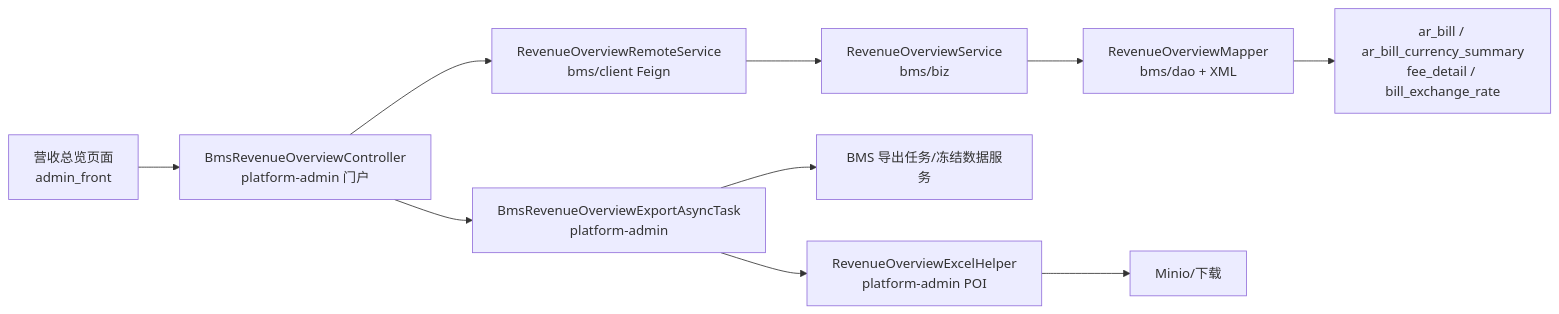
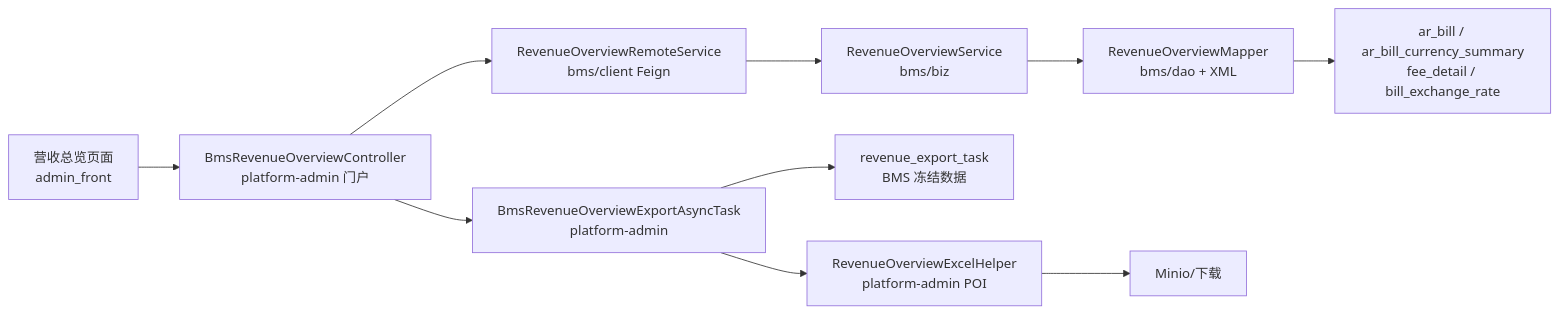
Before and after one commit to jack888332/projects-doc: the diagram in technical-caliber/bms/dev-specs/2026-08-13-bms-营收总览需求落地方案及调整计划.md, drawn with Mermaid. The commit also changed other lines of this file, not shown here.

First line of the commit message:
docs(bms): 更新营收总览需求落地方案文档

````diff
--- a/technical-caliber/bms/dev-specs/2026-08-13-bms-营收总览需求落地方案及调整计划.md
+++ b/technical-caliber/bms/dev-specs/2026-08-13-bms-营收总览需求落地方案及调整计划.md
@@ -119,12 +116,12 @@
 ```mermaid
 flowchart LR
   F["营收总览页面\nadmin_front"] --> P["BmsRevenueOverviewController\nplatform-admin 门户"]
   P --> B["RevenueOverviewRemoteService\nbms/client Feign"]
   B --> S["RevenueOverviewService\nbms/biz"]
   S --> M["RevenueOverviewMapper\nbms/dao + XML"]
   M --> D["ar_bill / ar_bill_currency_summary\nfee_detail / bill_exchange_rate"]
   P --> T["BmsRevenueOverviewExportAsyncTask\nplatform-admin"]
-  T --> B2["BMS 导出任务/冻结数据服务"]
+  T --> D2["revenue_export_task\nBMS 冻结数据"]
   T --> X["RevenueOverviewExcelHelper\nplatform-admin POI"]
   X --> O["Minio/下载"]
 ```
````
